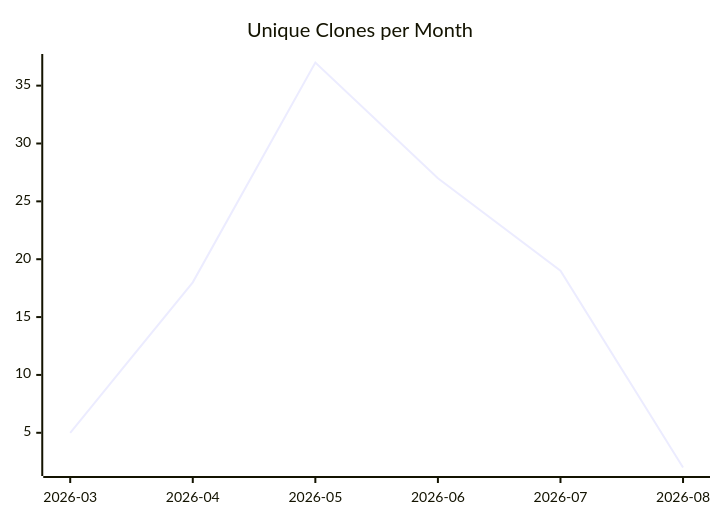
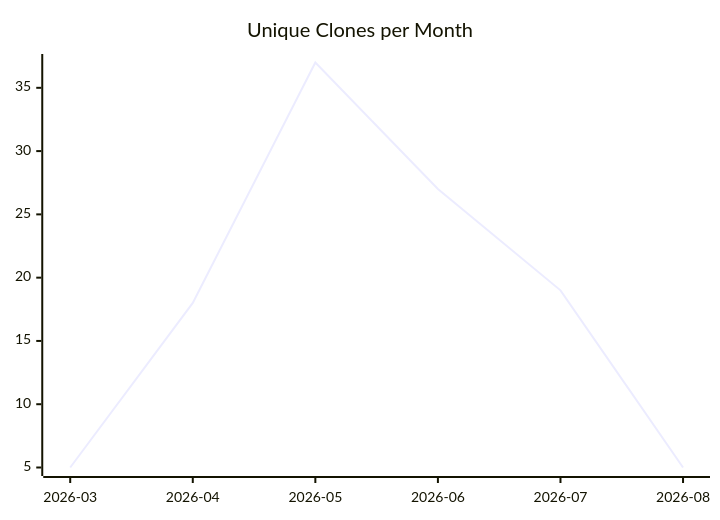
The third of 3 diagrams in karlmdavis/obsidian-operator/README.md (justdavis-family/github-analytics-data), drawn with Mermaid before and after one commit. The commit also changed other lines of this file and 180 other files, not shown here.

````diff
--- a/karlmdavis/obsidian-operator/README.md
+++ b/karlmdavis/obsidian-operator/README.md
@@ -19,6 +19,6 @@
 ```mermaid
 xychart-beta
   title "Unique Clones per Month"
   x-axis ["2026-03", "2026-04", "2026-05", "2026-06", "2026-07", "2026-08"]
-  line [5, 18, 37, 27, 19, 2]
+  line [5, 18, 37, 27, 19, 5]
 ```
````
